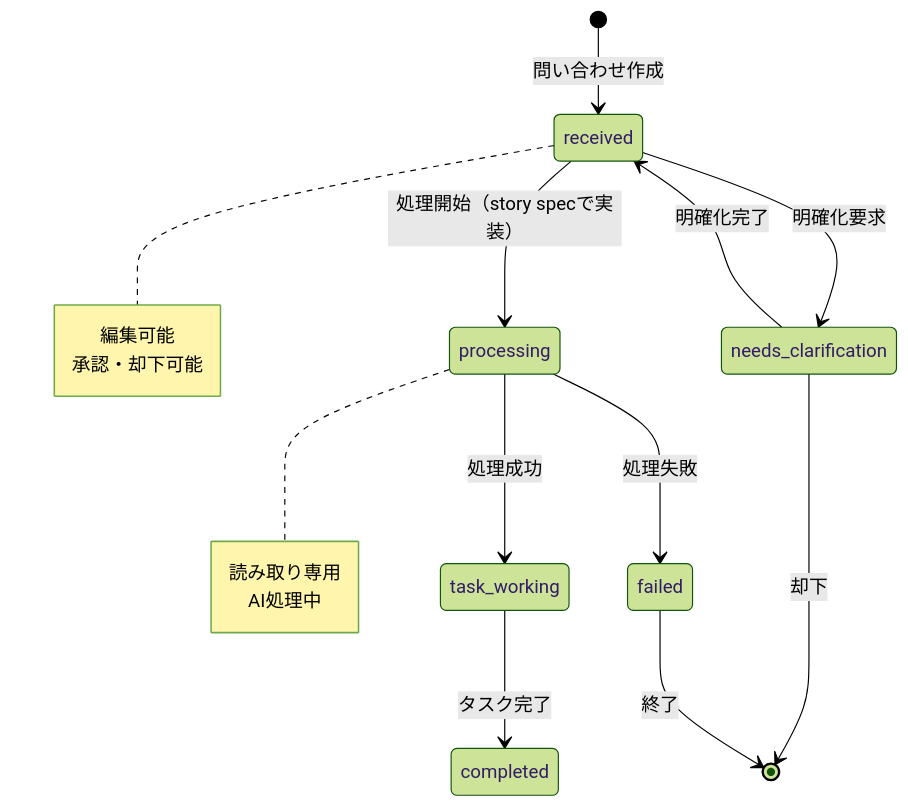
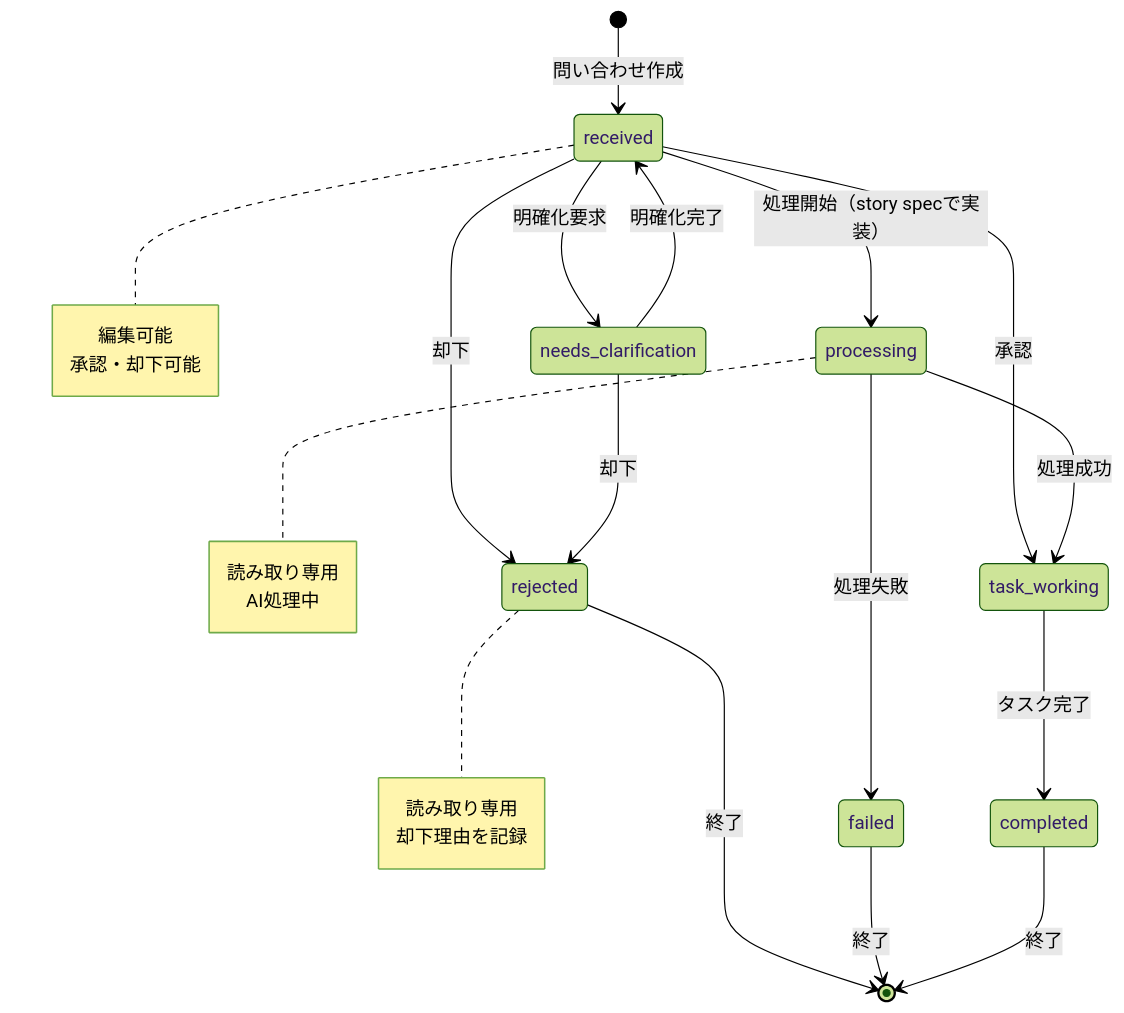
The third of 4 diagrams in .kiro/specs/inquiry/design.md (ohr486/ghost-squad), drawn with Mermaid (forest theme) before and after one commit. The commit also changed other lines of this file and 4 other files, not shown here.

````diff
--- a/.kiro/specs/inquiry/design.md
+++ b/.kiro/specs/inquiry/design.md
@@ -150,26 +150,36 @@
 ```mermaid
 stateDiagram-v2
     [*] --> received: 問い合わせ作成
 
+    received --> task_working: 承認
+    received --> rejected: 却下
     received --> processing: 処理開始（story specで実装）
     received --> needs_clarification: 明確化要求
 
     needs_clarification --> received: 明確化完了
-    needs_clarification --> [*]: 却下
+    needs_clarification --> rejected: 却下
 
     processing --> task_working: 処理成功
     processing --> failed: 処理失敗
 
     task_working --> completed: タスク完了
+
+    rejected --> [*]: 終了
     failed --> [*]: 終了
+    completed --> [*]: 終了
 
     note right of received
         編集可能
         承認・却下可能
+    end note
+
+    note right of rejected
+        読み取り専用
+        却下理由を記録
     end note
 
     note right of processing
         読み取り専用
         AI処理中
     end note
 ```
````
